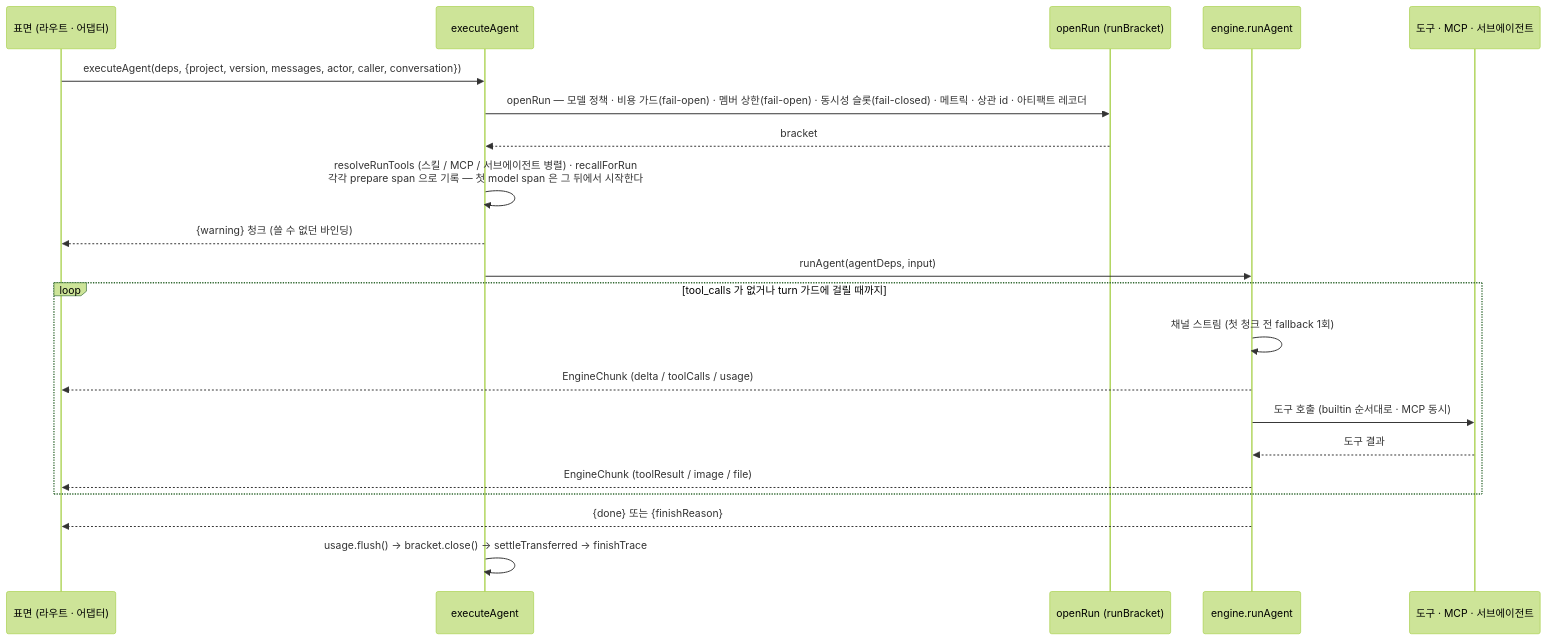
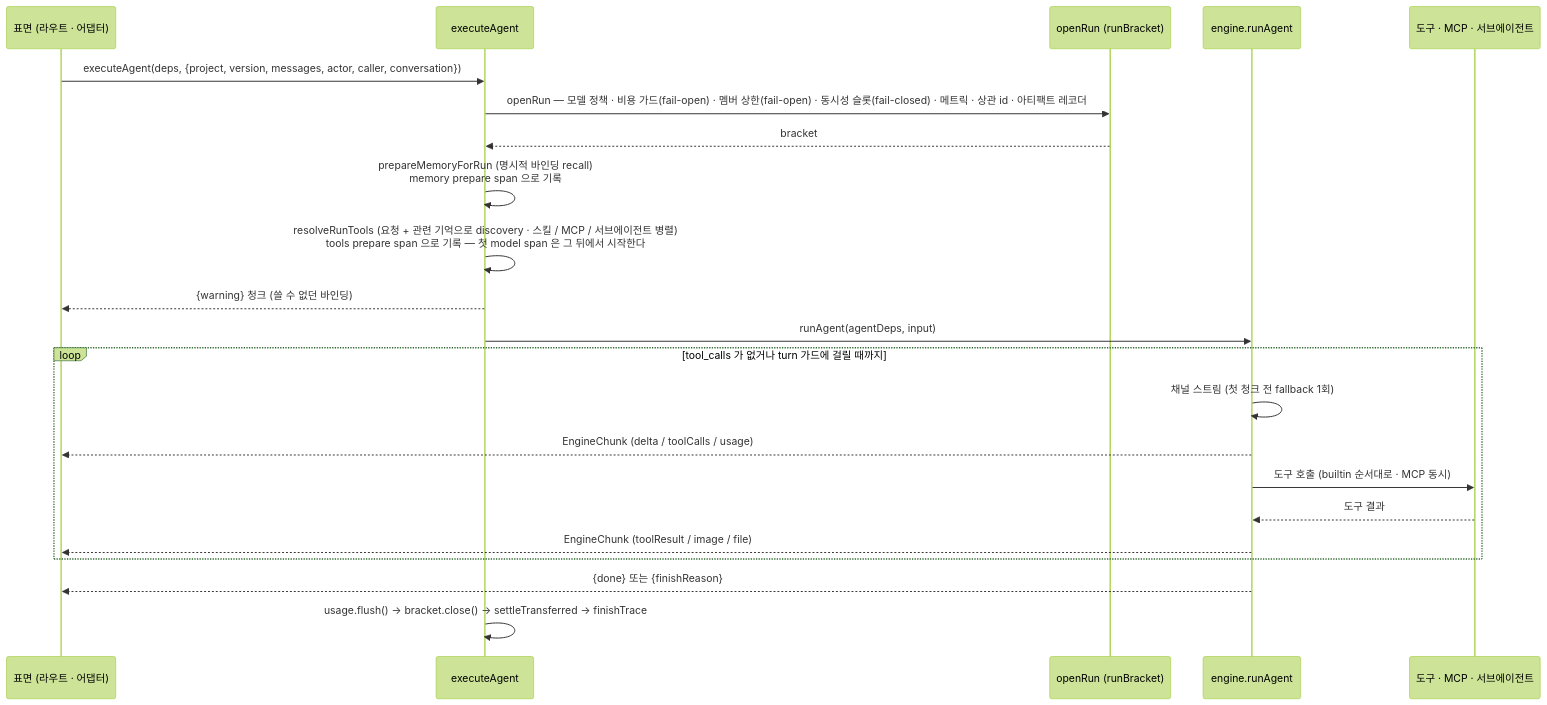
One commit to opspresso/agent-studio changed the third of 7 diagrams in docs/DIAGRAMS.md. Above: the diagram before and after it, drawn with Mermaid (forest theme). The commit also changed other lines of this file and 4 other files, not shown here.

Commit message:
docs: describe memory-guided capability discovery

````diff
--- a/docs/DIAGRAMS.md
+++ b/docs/DIAGRAMS.md
@@ -113,23 +114,24 @@
 ```mermaid
 sequenceDiagram
   participant S as 표면 (라우트 · 어댑터)
   participant F as executeAgent
   participant B as openRun (runBracket)
   participant E as engine.runAgent
   participant T as 도구 · MCP · 서브에이전트
   S->>F: executeAgent(deps, {project, version, messages, actor, caller, conversation})
   F->>B: openRun — 모델 정책 · 비용 가드(fail-open) · 멤버 상한(fail-open) · 동시성 슬롯(fail-closed) · 메트릭 · 상관 id · 아티팩트 레코더
   B-->>F: bracket
-  F->>F: resolveRunTools (스킬 / MCP / 서브에이전트 병렬) · recallForRun<br/>각각 prepare span 으로 기록 — 첫 model span 은 그 뒤에서 시작한다
+  F->>F: prepareMemoryForRun (명시적 바인딩 recall)<br/>memory prepare span 으로 기록
+  F->>F: resolveRunTools (요청 + 관련 기억으로 discovery · 스킬 / MCP / 서브에이전트 병렬)<br/>tools prepare span 으로 기록 — 첫 model span 은 그 뒤에서 시작한다
   F-->>S: {warning} 청크 (쓸 수 없던 바인딩)
   F->>E: runAgent(agentDeps, input)
   loop tool_calls 가 없거나 turn 가드에 걸릴 때까지
     E->>E: 채널 스트림 (첫 청크 전 fallback 1회)
     E-->>S: EngineChunk (delta / toolCalls / usage)
     E->>T: 도구 호출 (builtin 순서대로 · MCP 동시)
     T-->>E: 도구 결과
     E-->>S: EngineChunk (toolResult / image / file)
   end
   E-->>S: {done} 또는 {finishReason}
   F->>F: usage.flush() → bracket.close() → settleTransferred → finishTrace
 ```
````
